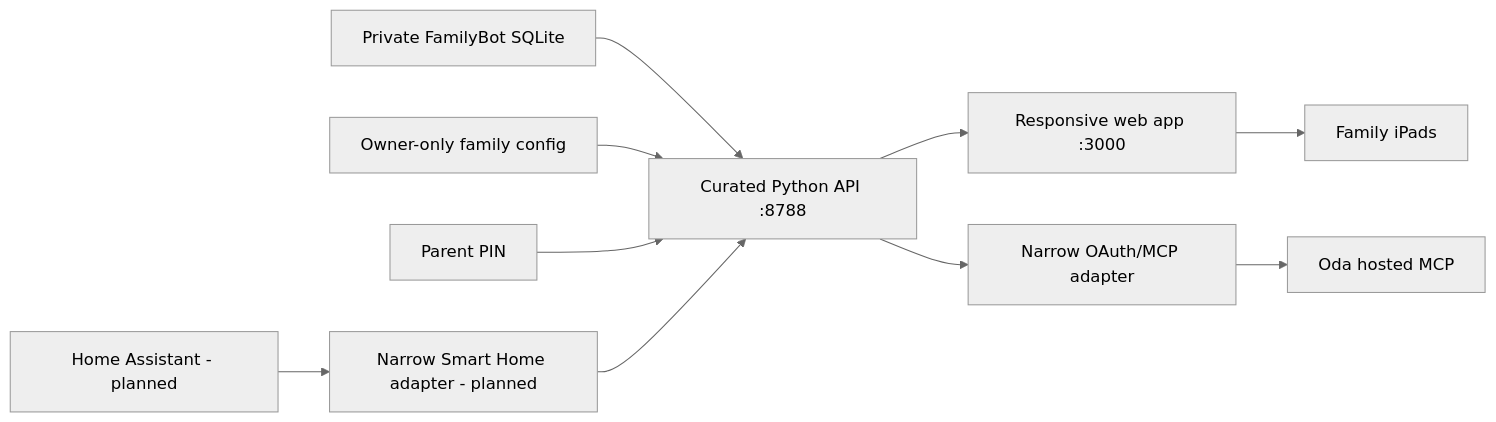
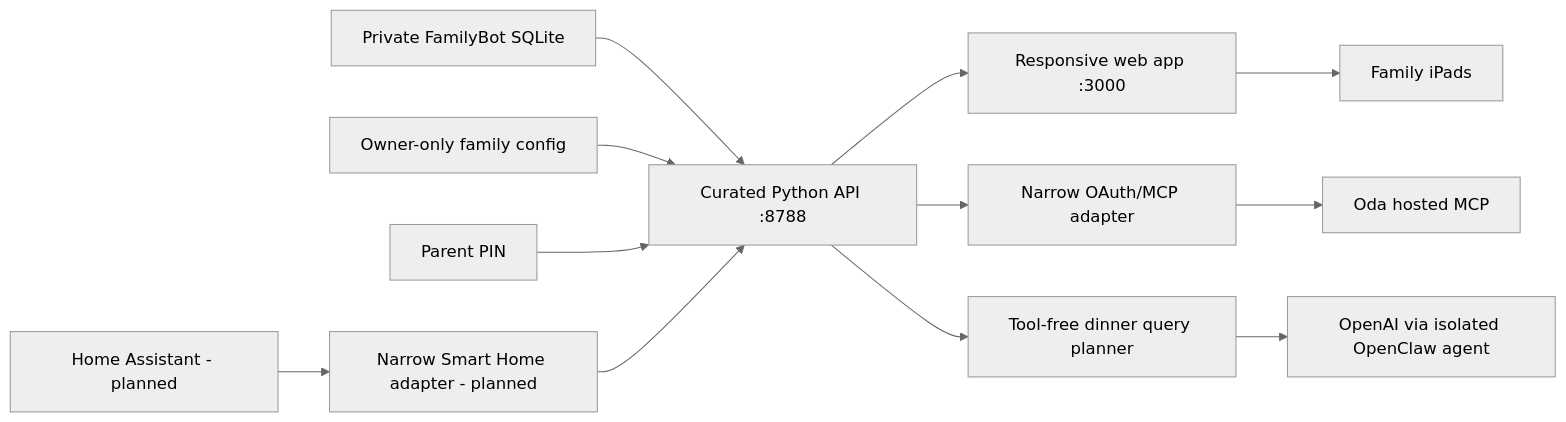
Before and after one commit to TrygveAasheim/familybot-portal: the diagram in docs/DEVELOPMENT_GUIDE.md, drawn with Mermaid (neutral theme). The commit also changed other lines of this file and 18 other files, not shown here.

````diff
--- a/docs/DEVELOPMENT_GUIDE.md
+++ b/docs/DEVELOPMENT_GUIDE.md
@@ -25,12 +25,14 @@
 ```mermaid
 flowchart LR
   DB["Private FamilyBot SQLite"] --> API["Curated Python API :8788"]
   Config["Owner-only family config"] --> API
   API --> Web["Responsive web app :3000"]
   API --> Oda["Narrow OAuth/MCP adapter"]
   Oda --> OdaMCP["Oda hosted MCP"]
+  API --> Dinner["Tool-free dinner query planner"]
+  Dinner --> OpenAI["OpenAI via isolated OpenClaw agent"]
   Web --> iPad["Family iPads"]
   Parent["Parent PIN"] --> API
   HA["Home Assistant - planned"] --> Smart["Narrow Smart Home adapter - planned"]
   Smart --> API
 ```
````
